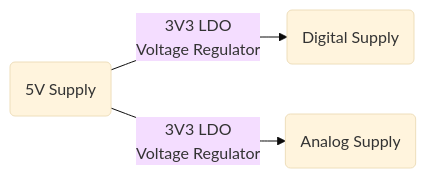
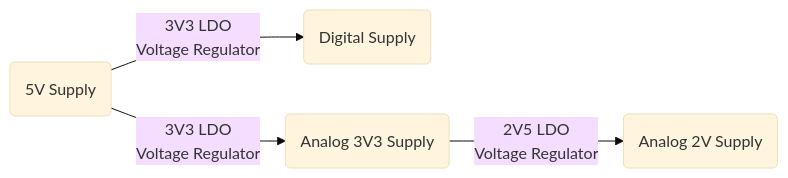
One commit to Neusaap128/Super-Epische-Audio-Generator changed the diagram in Super Epische Audio Generator/PCB/PCB Design/PCB Design.md. Above: the diagram before and after it, drawn with Mermaid (base theme). The commit also changed other lines of this file and 19 other files, not shown here.

Commit message:
Added 'AudioFiltering' and 'Codec' sheets to PCB schematic, started PCB layout with decouple caps and MCU. The codec in sheet 'Codec' is wrong, placed for testing

````diff
--- a/Super Epische Audio Generator/PCB/PCB Design/PCB Design.md
+++ b/Super Epische Audio Generator/PCB/PCB Design/PCB Design.md
@@ -7,9 +7,11 @@
 ```mermaid
 
 flowchart LR
 supply("5V Supply")
 digital("Digital Supply")
-analog("Analog Supply")
+analog3("Analog 3V3 Supply")
+analog2("Analog 2V Supply")
 supply-- 3V3 LDO \n Voltage Regulator --> digital
-supply -- 3V3 LDO \n Voltage Regulator --> analog
+supply -- 3V3 LDO \n Voltage Regulator --> analog3
+analog3 -- 2V5 LDO \n Voltage Regulator --> analog2
 ```
````
